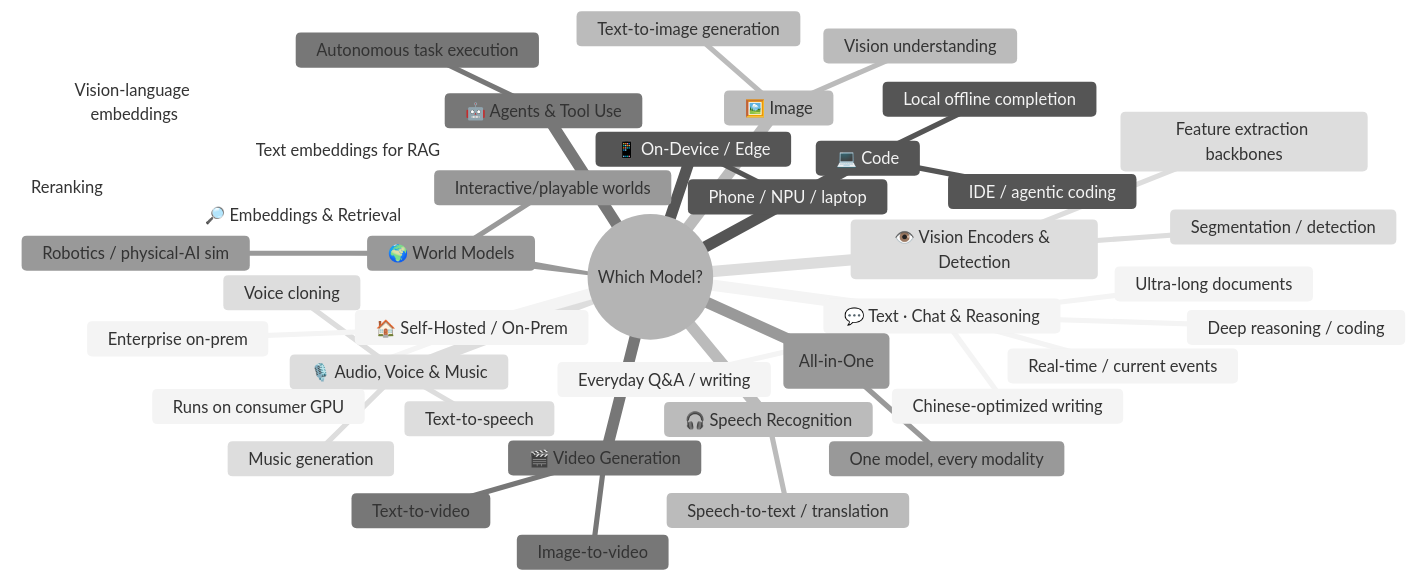
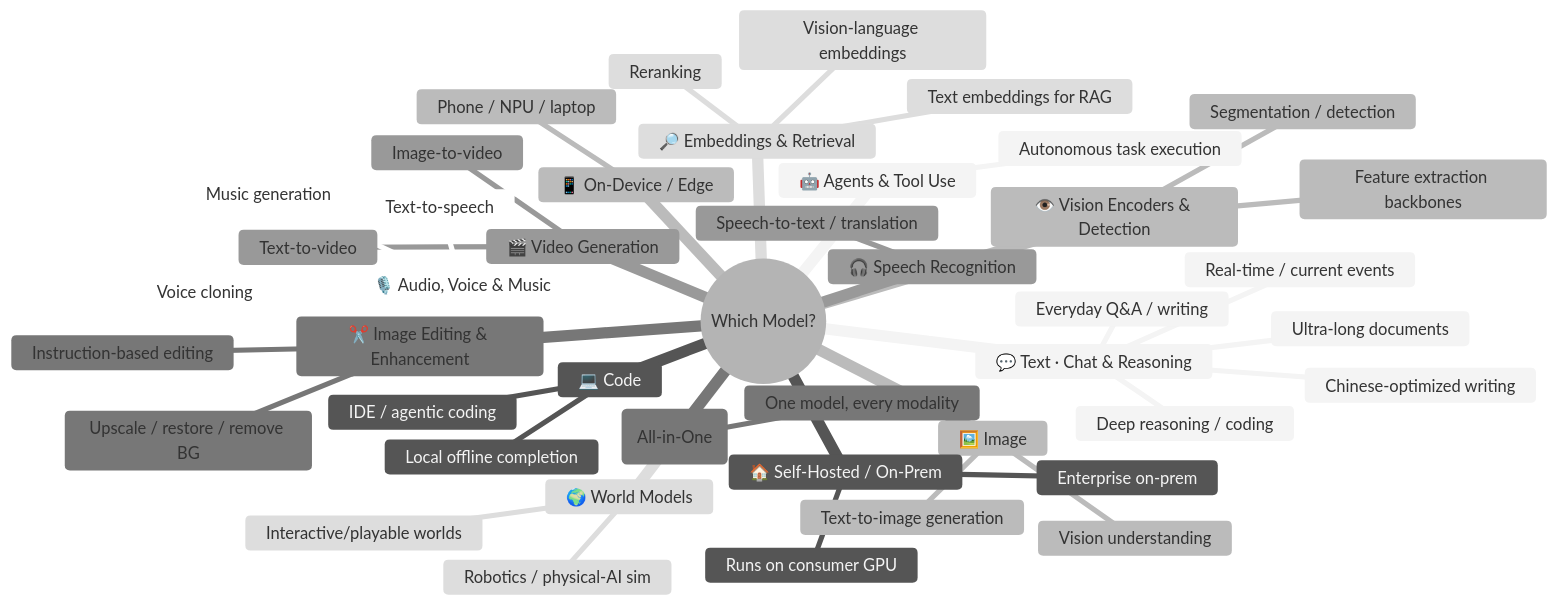
The first of 3 diagrams in README.md (HoobenWang/awesome-llm-landscape), drawn with Mermaid (neutral theme) before and after one commit. The commit also changed other lines of this file and 2 other files, not shown here.

First line of the commit message:
Add image editing, open-weight video/image gen, robotics foundation models

````diff
--- a/README.md
+++ b/README.md
@@ -52,44 +53,47 @@
 ```mermaid
 mindmap
   root((Which Model?))
     💬 Text · Chat & Reasoning
       Everyday Q&A / writing
       Deep reasoning / coding
       Ultra-long documents
       Chinese-optimized writing
       Real-time / current events
     💻 Code
       IDE / agentic coding
       Local offline completion
     🖼️ Image
       Vision understanding
       Text-to-image generation
+    ✂️ Image Editing & Enhancement
+      Instruction-based editing
+      Upscale / restore / remove BG
     🎬 Video Generation
       Text-to-video
       Image-to-video
     🌍 World Models
       Interactive/playable worlds
       Robotics / physical-AI sim
     🎙️ Audio, Voice & Music
       Text-to-speech
       Voice cloning
       Music generation
     🔎 Embeddings & Retrieval
       Text embeddings for RAG
       Vision-language embeddings
       Reranking
     👁️ Vision Encoders & Detection
       Feature extraction backbones
       Segmentation / detection
     🎧 Speech Recognition
       Speech-to-text / translation
     🧩 Omni (All-in-One)
       One model, every modality
     🤖 Agents & Tool Use
       Autonomous task execution
     🏠 Self-Hosted / On-Prem
       Runs on consumer GPU
       Enterprise on-prem
     📱 On-Device / Edge
       Phone / NPU / laptop
 ```
````
